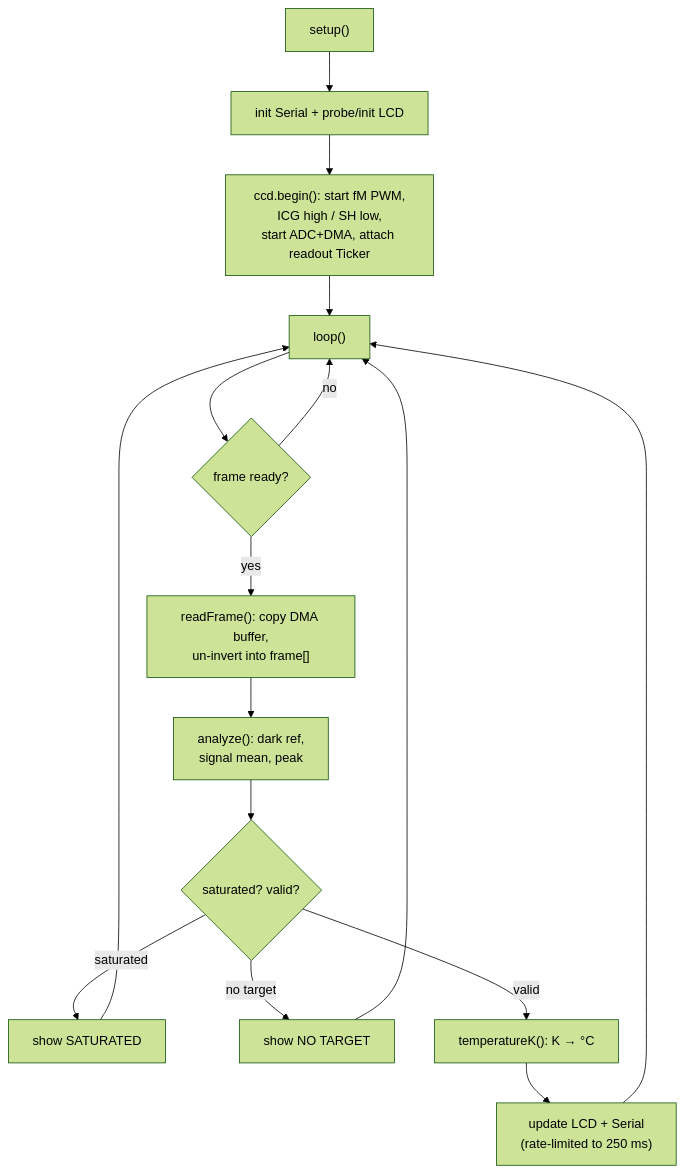
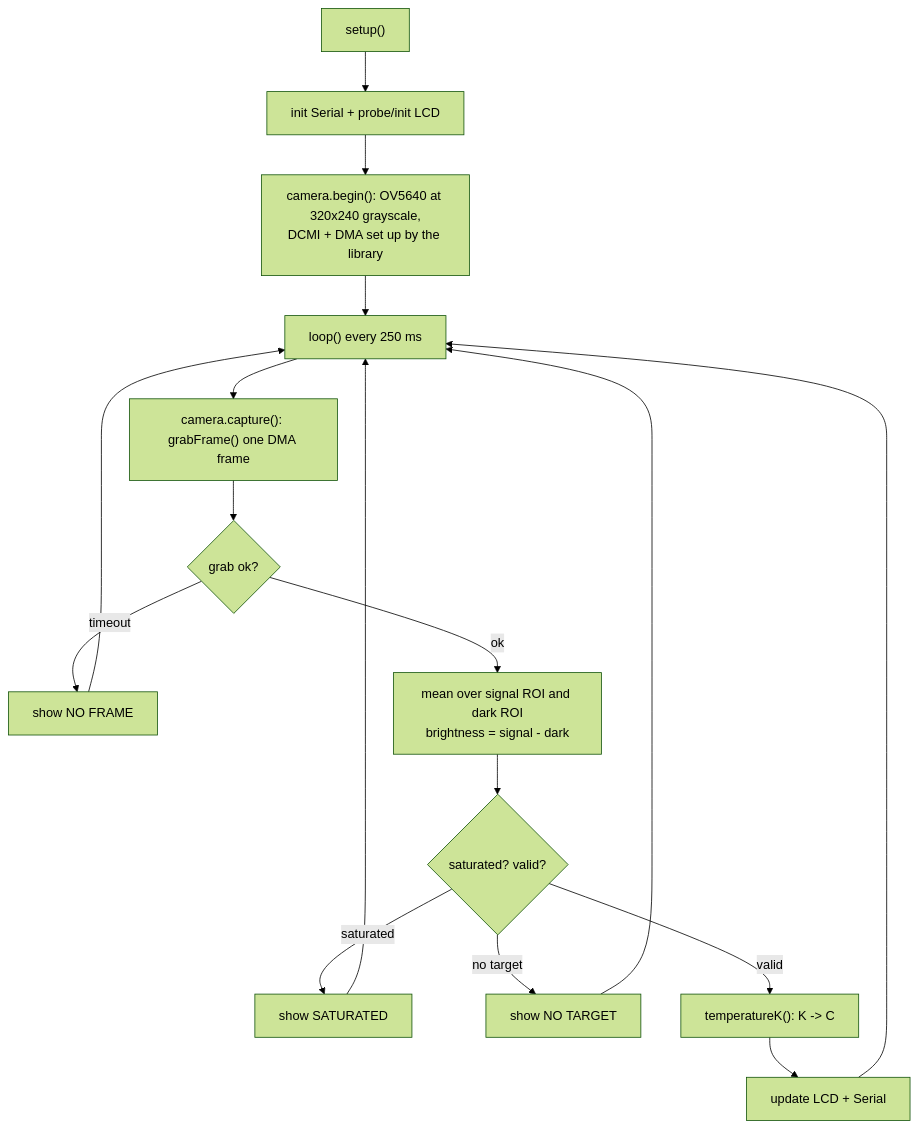
The second of 2 diagrams in docs/design.md (denispendrick/TempCCD), drawn with Mermaid (forest theme) before and after one commit. The commit also changed other lines of this file and 1 other file, not shown here.

Commit message:
docs(design): rewrite the design guide and README around the OV5640 camera

````diff
--- a/docs/design.md
+++ b/docs/design.md
@@ -146,18 +105,19 @@
 ```mermaid
 flowchart TD
     A["setup()"] --> B["init Serial + probe/init LCD"]
-    B --> C["ccd.begin(): start fM PWM,<br/>ICG high / SH low,<br/>start ADC+DMA, attach readout Ticker"]
-    C --> D["loop()"]
-    D --> E{"frame ready?"}
-    E -->|no| D
-    E -->|yes| F["readFrame(): copy DMA buffer,<br/>un-invert into frame[]"]
-    F --> G["analyze(): dark ref,<br/>signal mean, peak"]
-    G --> H{"saturated? valid?"}
-    H -->|saturated| I["show SATURATED"]
-    H -->|no target| J["show NO TARGET"]
-    H -->|valid| K["temperatureK(): K → °C"]
-    K --> L["update LCD + Serial<br/>(rate-limited to 250 ms)"]
-    I --> D
+    B --> C["camera.begin(): OV5640 at 320x240 grayscale,<br/>DCMI + DMA set up by the library"]
+    C --> D["loop() every 250 ms"]
+    D --> E["camera.capture(): grabFrame() one DMA frame"]
+    E --> F{"grab ok?"}
+    F -->|timeout| G["show NO FRAME"]
+    F -->|ok| H["mean over signal ROI and dark ROI<br/>brightness = signal - dark"]
+    H --> I{"saturated? valid?"}
+    I -->|saturated| J["show SATURATED"]
+    I -->|no target| K["show NO TARGET"]
+    I -->|valid| L["temperatureK(): K -> C"]
+    L --> M["update LCD + Serial"]
+    G --> D
     J --> D
-    L --> D
+    K --> D
+    M --> D
 ```
````
